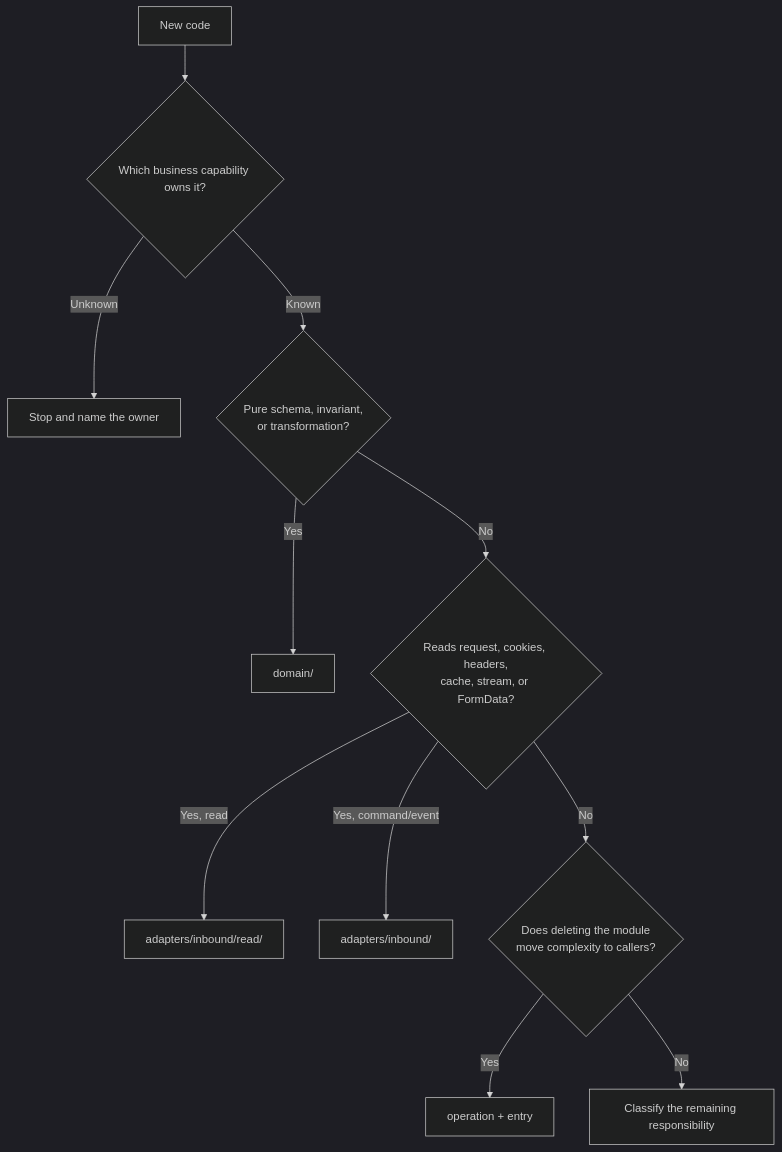
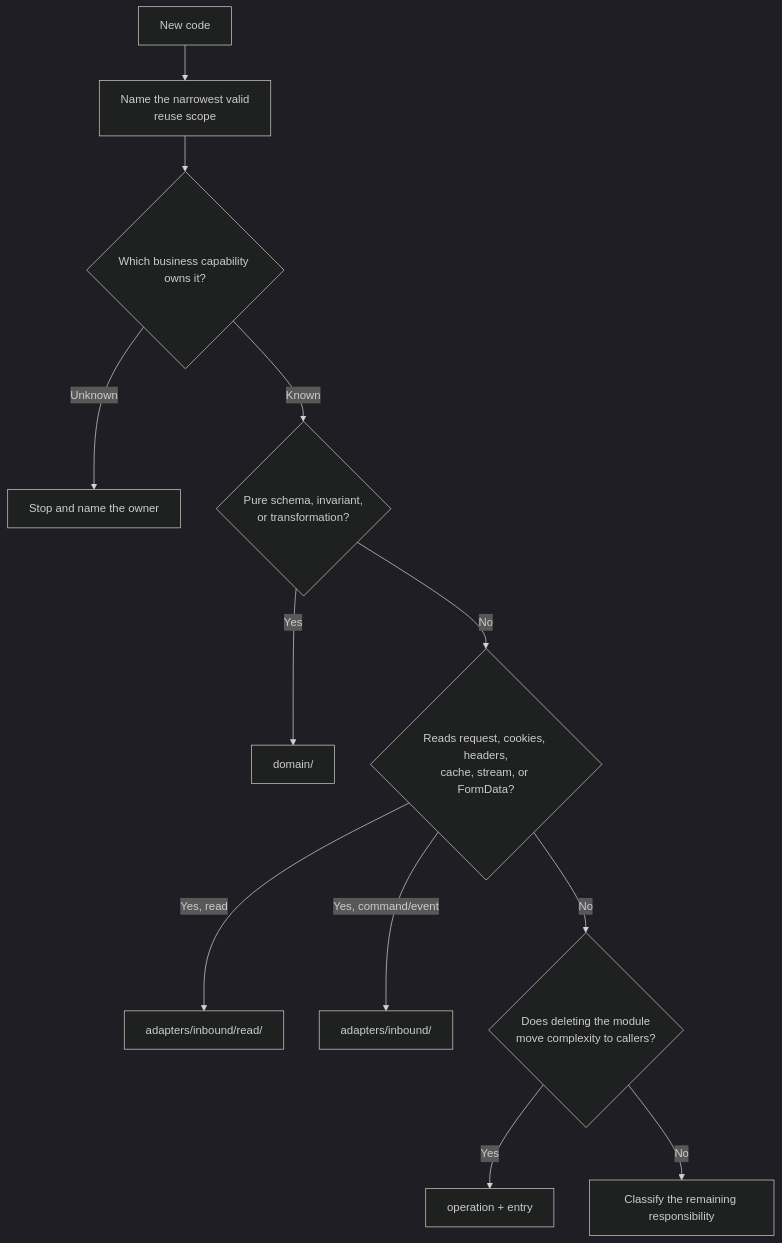
One commit to clicktronix/nextjs-clean-skills changed the first of 5 diagrams in docs/agent-decision-maps.md. Above: the diagram before and after it, drawn with Mermaid (dark theme). The commit also changed other lines of this file and 18 other files, not shown here.

Commit message:
Expand and validate architecture documentation

````diff
--- a/docs/agent-decision-maps.md
+++ b/docs/agent-decision-maps.md
@@ -8,13 +8,16 @@
 ```mermaid
 flowchart TB
-  Start["New code"] --> Owner{"Which business capability owns it?"}
+  accTitle: Place new code
+  accDescr: Choose the narrowest valid scope, business owner, and technical layer before creating a file.
+  Start["New code"] --> Scope["Name the narrowest valid<br/>reuse scope"]
+  Scope --> Owner{"Which business capability owns it?"}
   Owner -->|Unknown| Stop["Stop and name the owner"]
   Owner -->|Known| Pure{"Pure schema, invariant,<br/>or transformation?"}
   Pure -->|Yes| Domain["domain/"]
   Pure -->|No| Framework{"Reads request, cookies, headers,<br/>cache, stream, or FormData?"}
   Framework -->|Yes, read| Read["adapters/inbound/read/"]
   Framework -->|Yes, command/event| Inbound["adapters/inbound/"]
   Framework -->|No| Scenario{"Does deleting the module<br/>move complexity to callers?"}
   Scenario -->|Yes| UseCase["operation + entry"]
   Scenario -->|No| Remaining["Classify the remaining responsibility"]
 ```
````
